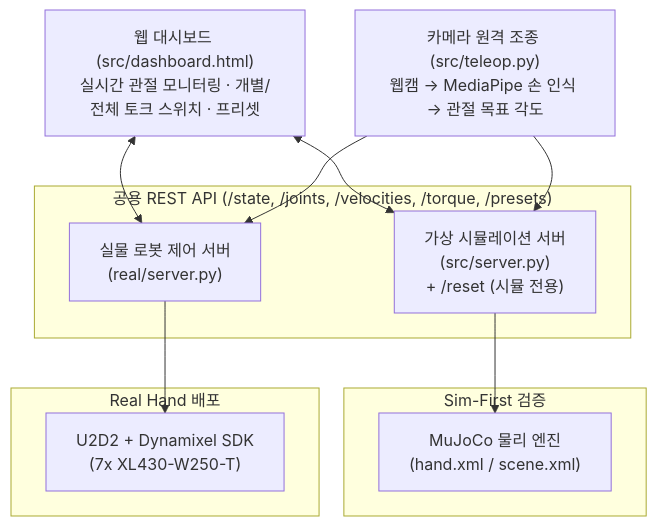
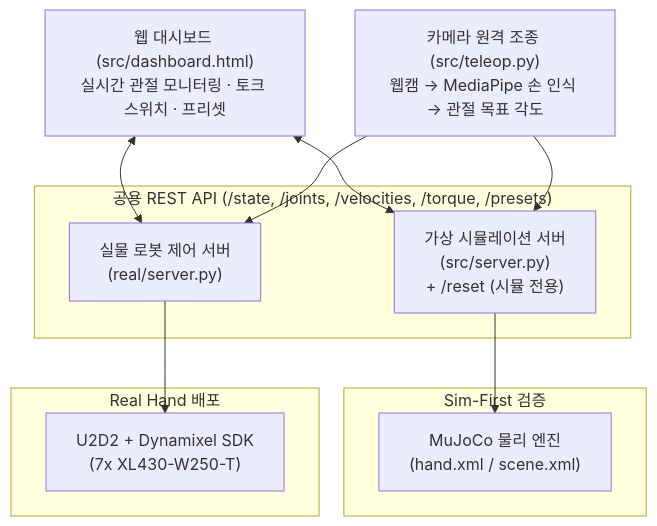
One commit to ajin-robot-hand/tri_hand changed the diagram in README.md. Above: the diagram before and after it, drawn with Mermaid. The commit also changed other lines of this file and 2 other files, not shown here.

````diff
--- a/README.md
+++ b/README.md
@@ -19,24 +17,24 @@
 ```mermaid
 graph TD
-    UI["웹 대시보드 (src/dashboard.html)<br/>실시간 관절 모니터링 · 개별/전체 토크 스위치 · 프리셋"]
+    UI["웹 대시보드 (src/dashboard.html)<br/>실시간 관절 모니터링 · 토크 스위치 · 프리셋"]
 
     subgraph Shared_API ["공용 REST API (/state, /joints, /velocities, /torque, /presets)"]
         ServerSim["가상 시뮬레이션 서버<br/>(src/server.py)<br/>+ /reset (시뮬 전용)"]
         ServerReal["실물 로봇 제어 서버<br/>(real/server.py)"]
     end
 
     Cam["카메라 원격 조종 (src/teleop.py)<br/>웹캠 → MediaPipe 손 인식 → 관절 목표 각도"]
 
     UI <--> ServerSim
     UI <--> ServerReal
     Cam --> ServerSim
     Cam --> ServerReal
 
     subgraph Simulation_Side ["Sim-First 검증"]
         ServerSim --> MuJoCo["MuJoCo 물리 엔진<br/>(hand.xml / scene.xml)"]
     end
 
     subgraph Hardware_Side ["Real Hand 배포"]
         ServerReal --> DXL["U2D2 + Dynamixel SDK<br/>(7x XL430-W250-T)"]
     end
 ```
````
